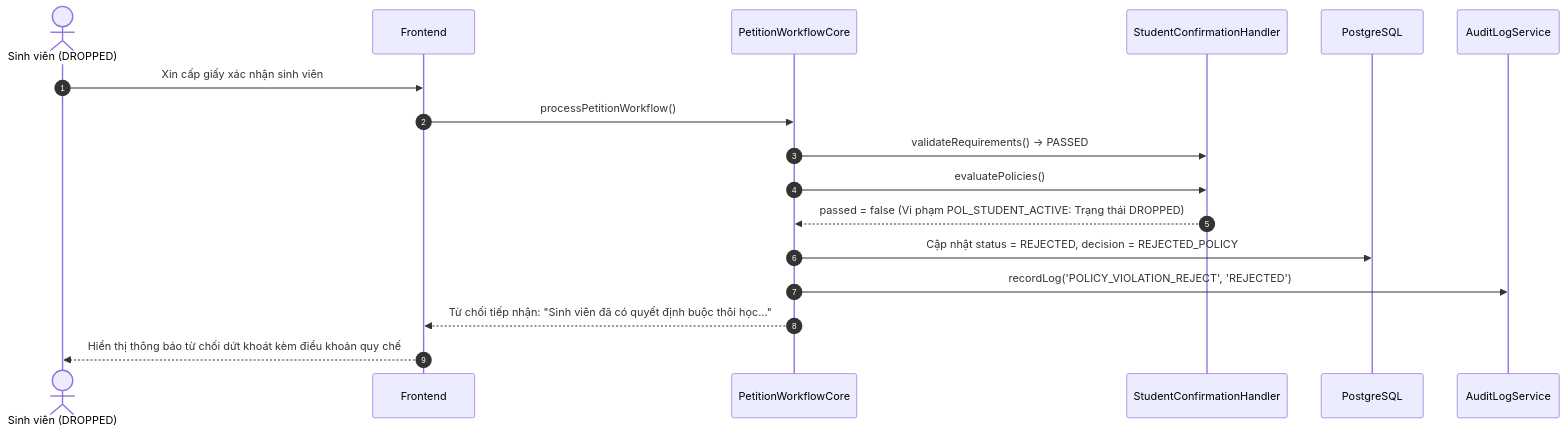
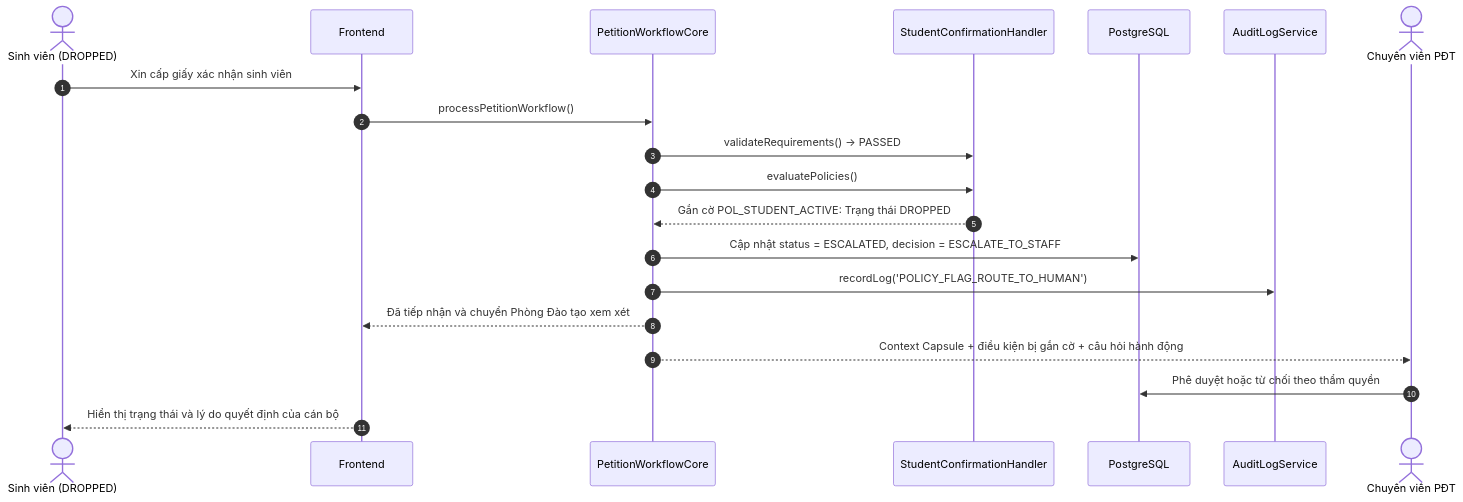
The fourth of 7 diagrams in EDUREF_AI/docs/03_WORKFLOWS.md (HuuNhan-147/EduRef_AI_Agent), drawn with Mermaid before and after one commit. The commit also changed other lines of this file and 67 other files, not shown here.

Commit message:
feat: refine student intake and human review UI

````diff
--- a/EDUREF_AI/docs/03_WORKFLOWS.md
+++ b/EDUREF_AI/docs/03_WORKFLOWS.md
@@ -115,20 +124,23 @@
 ```mermaid
 sequenceDiagram
     autonumber
     actor SinhVien as Sinh viên (DROPPED)
     participant Frontend as Frontend
     participant Core as PetitionWorkflowCore
     participant Handler as StudentConfirmationHandler
     participant DB as PostgreSQL
     participant Audit as AuditLogService
+    actor CanBo as Chuyên viên PĐT
 
     SinhVien->>Frontend: Xin cấp giấy xác nhận sinh viên
     Frontend->>Core: processPetitionWorkflow()
     Core->>Handler: validateRequirements() -> PASSED
     Core->>Handler: evaluatePolicies()
-    Handler-->>Core: passed = false (Vi phạm POL_STUDENT_ACTIVE: Trạng thái DROPPED)
-    Core->>DB: Cập nhật status = REJECTED, decision = REJECTED_POLICY
-    Core->>Audit: recordLog('POLICY_VIOLATION_REJECT', 'REJECTED')
-    Core-->>Frontend: Từ chối tiếp nhận: "Sinh viên đã có quyết định buộc thôi học..."
-    Frontend-->>SinhVien: Hiển thị thông báo từ chối dứt khoát kèm điều khoản quy chế
+    Handler-->>Core: Gắn cờ POL_STUDENT_ACTIVE: Trạng thái DROPPED
+    Core->>DB: Cập nhật status = ESCALATED, decision = ESCALATE_TO_STAFF
+    Core->>Audit: recordLog('POLICY_FLAG_ROUTE_TO_HUMAN')
+    Core-->>Frontend: Đã tiếp nhận và chuyển Phòng Đào tạo xem xét
+    Core-->>CanBo: Context Capsule + điều kiện bị gắn cờ + câu hỏi hành động
+    CanBo->>DB: Phê duyệt hoặc từ chối theo thẩm quyền
+    Frontend-->>SinhVien: Hiển thị trạng thái và lý do quyết định của cán bộ
 ```
````
